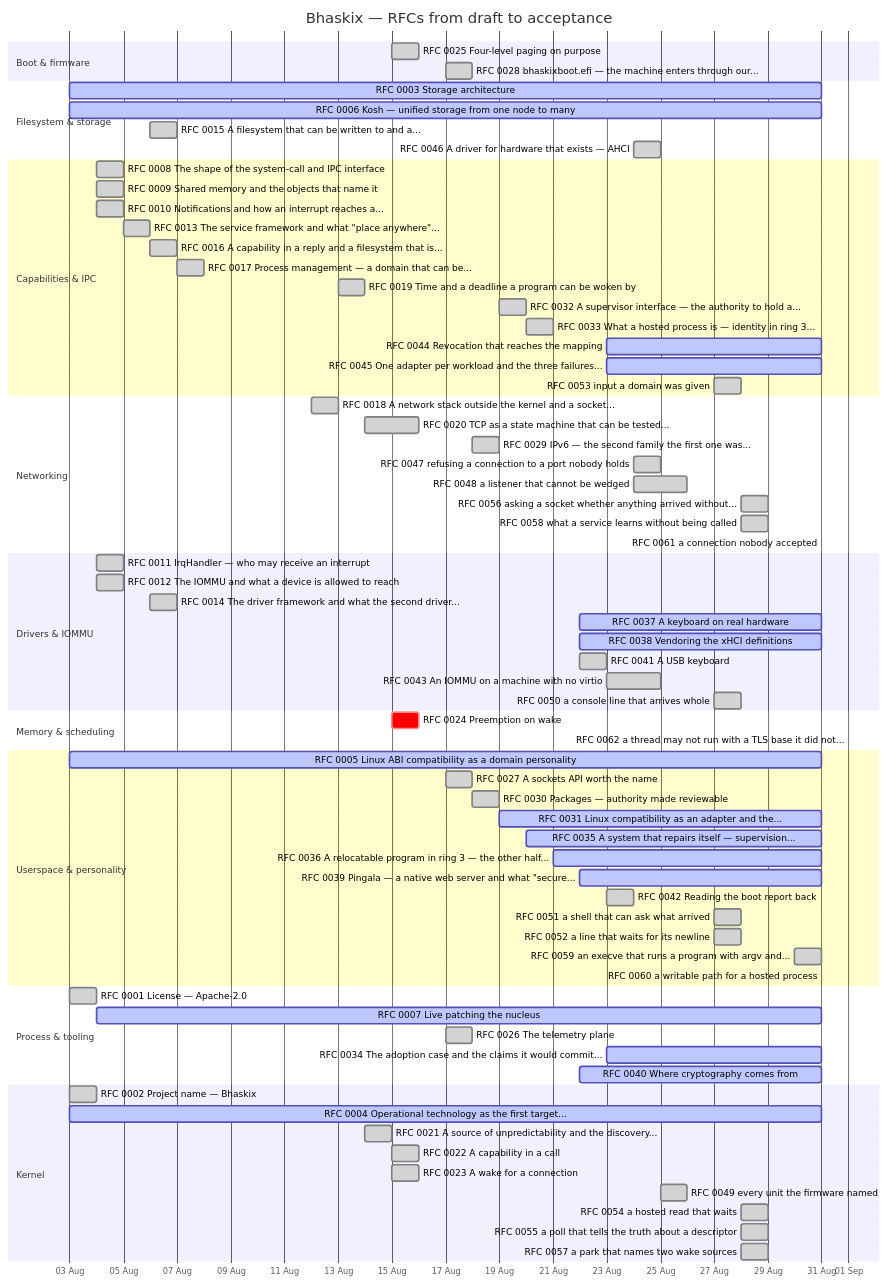
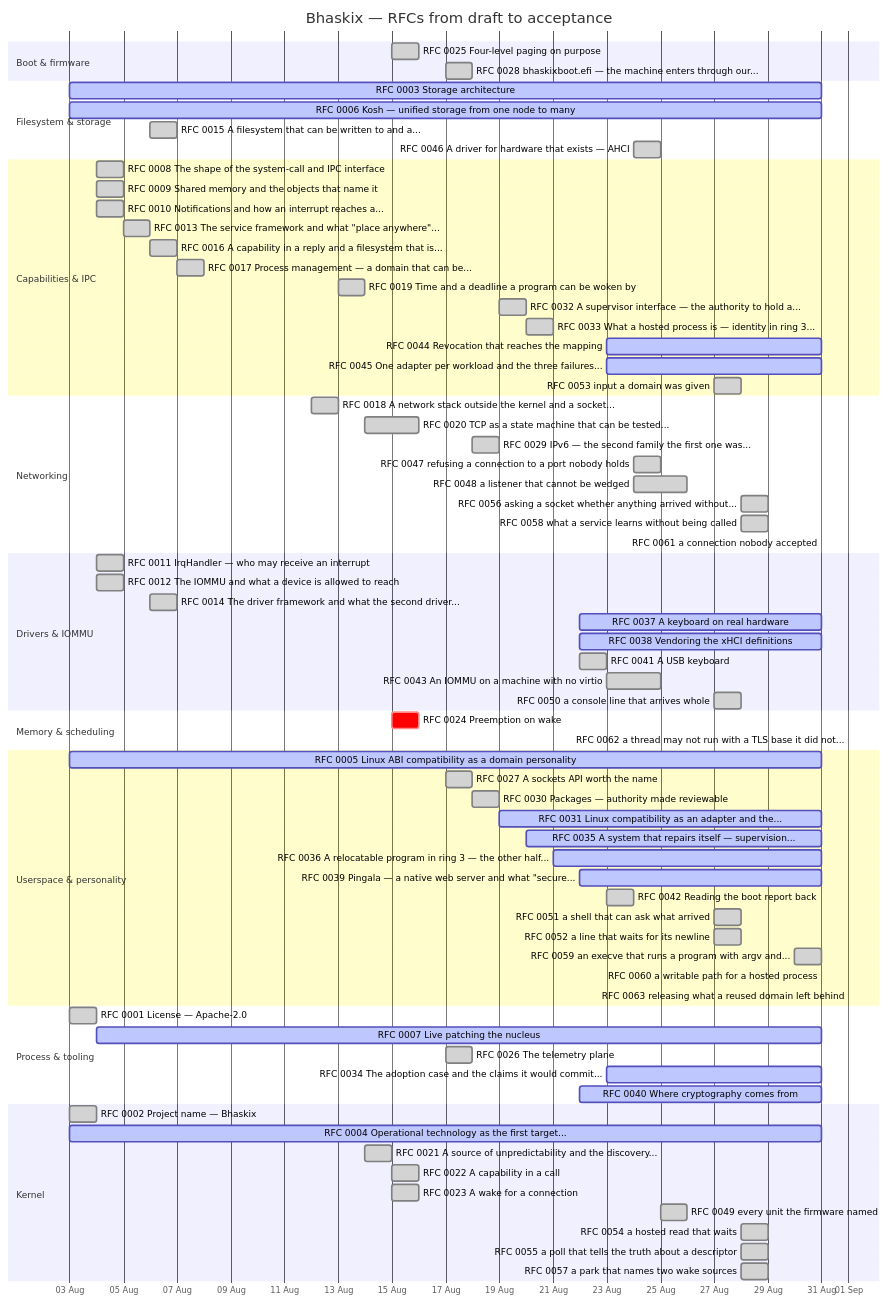
The diagram in docs/progress.md (bhaskix/bhaskix), drawn with Mermaid before and after one commit. The commit also changed other lines of this file and 2 other files, not shown here.

````diff
--- a/docs/progress.md
+++ b/docs/progress.md
@@ -24,78 +24,79 @@
 ```mermaid
 gantt
     title Bhaskix — RFCs from draft to acceptance
     dateFormat YYYY-MM-DD
     axisFormat %d %b
     todayMarker off
     section Boot & firmware
     RFC 0025 Four-level paging on purpose :done, r0025, 2026-08-15, 2026-08-16
     RFC 0028 bhaskixboot.efi — the machine enters through our... :done, r0028, 2026-08-17, 2026-08-18
     section Filesystem & storage
     RFC 0003 Storage architecture :active, r0003, 2026-08-03, 2026-08-31
     RFC 0006 Kosh — unified storage from one node to many :active, r0006, 2026-08-03, 2026-08-31
     RFC 0015 A filesystem that can be written to and a... :done, r0015, 2026-08-06, 1d
     RFC 0046 A driver for hardware that exists — AHCI :done, r0046, 2026-08-24, 1d
     section Capabilities & IPC
     RFC 0008 The shape of the system-call and IPC interface :done, r0008, 2026-08-04, 1d
     RFC 0009 Shared memory and the objects that name it :done, r0009, 2026-08-04, 1d
     RFC 0010 Notifications and how an interrupt reaches a... :done, r0010, 2026-08-04, 1d
     RFC 0013 The service framework and what "place anywhere"... :done, r0013, 2026-08-05, 1d
     RFC 0016 A capability in a reply and a filesystem that is... :done, r0016, 2026-08-06, 2026-08-07
     RFC 0017 Process management — a domain that can be... :done, r0017, 2026-08-07, 1d
     RFC 0019 Time and a deadline a program can be woken by :done, r0019, 2026-08-13, 2026-08-14
     RFC 0032 A supervisor interface — the authority to hold a... :done, r0032, 2026-08-19, 2026-08-20
     RFC 0033 What a hosted process is — identity in ring 3... :done, r0033, 2026-08-20, 1d
     RFC 0044 Revocation that reaches the mapping :active, r0044, 2026-08-23, 2026-08-31
     RFC 0045 One adapter per workload and the three failures... :active, r0045, 2026-08-23, 2026-08-31
     RFC 0053 input a domain was given :done, r0053, 2026-08-27, 1d
     section Networking
     RFC 0018 A network stack outside the kernel and a socket... :done, r0018, 2026-08-12, 2026-08-13
     RFC 0020 TCP as a state machine that can be tested... :done, r0020, 2026-08-14, 2026-08-16
     RFC 0029 IPv6 — the second family the first one was... :done, r0029, 2026-08-18, 1d
     RFC 0047 refusing a connection to a port nobody holds :done, r0047, 2026-08-24, 1d
     RFC 0048 a listener that cannot be wedged :done, r0048, 2026-08-24, 2026-08-26
     RFC 0056 asking a socket whether anything arrived without... :done, r0056, 2026-08-28, 1d
     RFC 0058 what a service learns without being called :done, r0058, 2026-08-28, 1d
     RFC 0061 a connection nobody accepted :active, r0061, 2026-08-31, 2026-08-31
     section Drivers & IOMMU
     RFC 0011 IrqHandler — who may receive an interrupt :done, r0011, 2026-08-04, 1d
     RFC 0012 The IOMMU and what a device is allowed to reach :done, r0012, 2026-08-04, 1d
     RFC 0014 The driver framework and what the second driver... :done, r0014, 2026-08-06, 1d
     RFC 0037 A keyboard on real hardware :active, r0037, 2026-08-22, 2026-08-31
     RFC 0038 Vendoring the xHCI definitions :active, r0038, 2026-08-22, 2026-08-31
     RFC 0041 A USB keyboard :done, r0041, 2026-08-22, 2026-08-23
     RFC 0043 An IOMMU on a machine with no virtio :done, r0043, 2026-08-23, 2026-08-25
     RFC 0050 a console line that arrives whole :done, r0050, 2026-08-27, 1d
     section Memory & scheduling
     RFC 0024 Preemption on wake :crit, r0024, 2026-08-15, 1d
     RFC 0062 a thread may not run with a TLS base it did not... :active, r0062, 2026-09-01, 2026-09-01
     section Userspace & personality
     RFC 0005 Linux ABI compatibility as a domain personality :active, r0005, 2026-08-03, 2026-08-31
     RFC 0027 A sockets API worth the name :done, r0027, 2026-08-17, 1d
     RFC 0030 Packages — authority made reviewable :done, r0030, 2026-08-18, 2026-08-19
     RFC 0031 Linux compatibility as an adapter and the... :active, r0031, 2026-08-19, 2026-08-31
     RFC 0035 A system that repairs itself — supervision... :active, r0035, 2026-08-20, 2026-08-31
     RFC 0036 A relocatable program in ring 3 — the other half... :active, r0036, 2026-08-21, 2026-08-31
     RFC 0039 Pingala — a native web server and what "secure... :active, r0039, 2026-08-22, 2026-08-31
     RFC 0042 Reading the boot report back :done, r0042, 2026-08-23, 1d
     RFC 0051 a shell that can ask what arrived :done, r0051, 2026-08-27, 1d
     RFC 0052 a line that waits for its newline :done, r0052, 2026-08-27, 1d
     RFC 0059 an execve that runs a program with argv and... :done, r0059, 2026-08-30, 1d
     RFC 0060 a writable path for a hosted process :active, r0060, 2026-08-31, 2026-08-31
+    RFC 0063 releasing what a reused domain left behind :active, r0063, 2026-09-01, 2026-09-01
     section Process & tooling
     RFC 0001 License — Apache-2.0 :done, r0001, 2026-08-03, 1d
     RFC 0007 Live patching the nucleus :active, r0007, 2026-08-04, 2026-08-31
     RFC 0026 The telemetry plane :done, r0026, 2026-08-17, 1d
     RFC 0034 The adoption case and the claims it would commit... :active, r0034, 2026-08-23, 2026-08-31
     RFC 0040 Where cryptography comes from :active, r0040, 2026-08-22, 2026-08-31
     section Kernel
     RFC 0002 Project name — Bhaskix :done, r0002, 2026-08-03, 1d
     RFC 0004 Operational technology as the first target... :active, r0004, 2026-08-03, 2026-08-31
     RFC 0021 A source of unpredictability and the discovery... :done, r0021, 2026-08-14, 1d
     RFC 0022 A capability in a call :done, r0022, 2026-08-15, 2026-08-16
     RFC 0023 A wake for a connection :done, r0023, 2026-08-15, 2026-08-16
     RFC 0049 every unit the firmware named :done, r0049, 2026-08-25, 1d
     RFC 0054 a hosted read that waits :done, r0054, 2026-08-28, 1d
     RFC 0055 a poll that tells the truth about a descriptor :done, r0055, 2026-08-28, 1d
     RFC 0057 a park that names two wake sources :done, r0057, 2026-08-28, 1d
 ```
````
